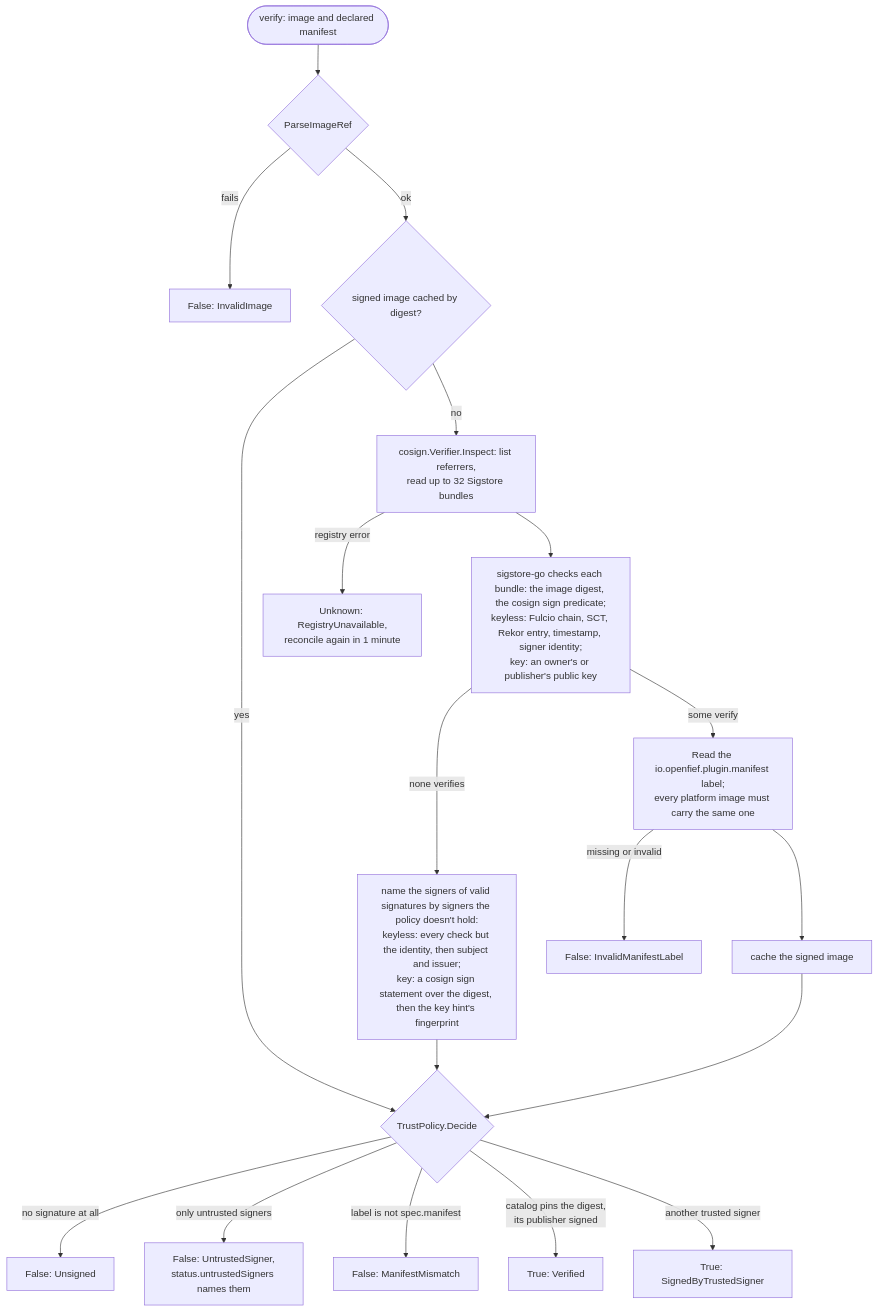
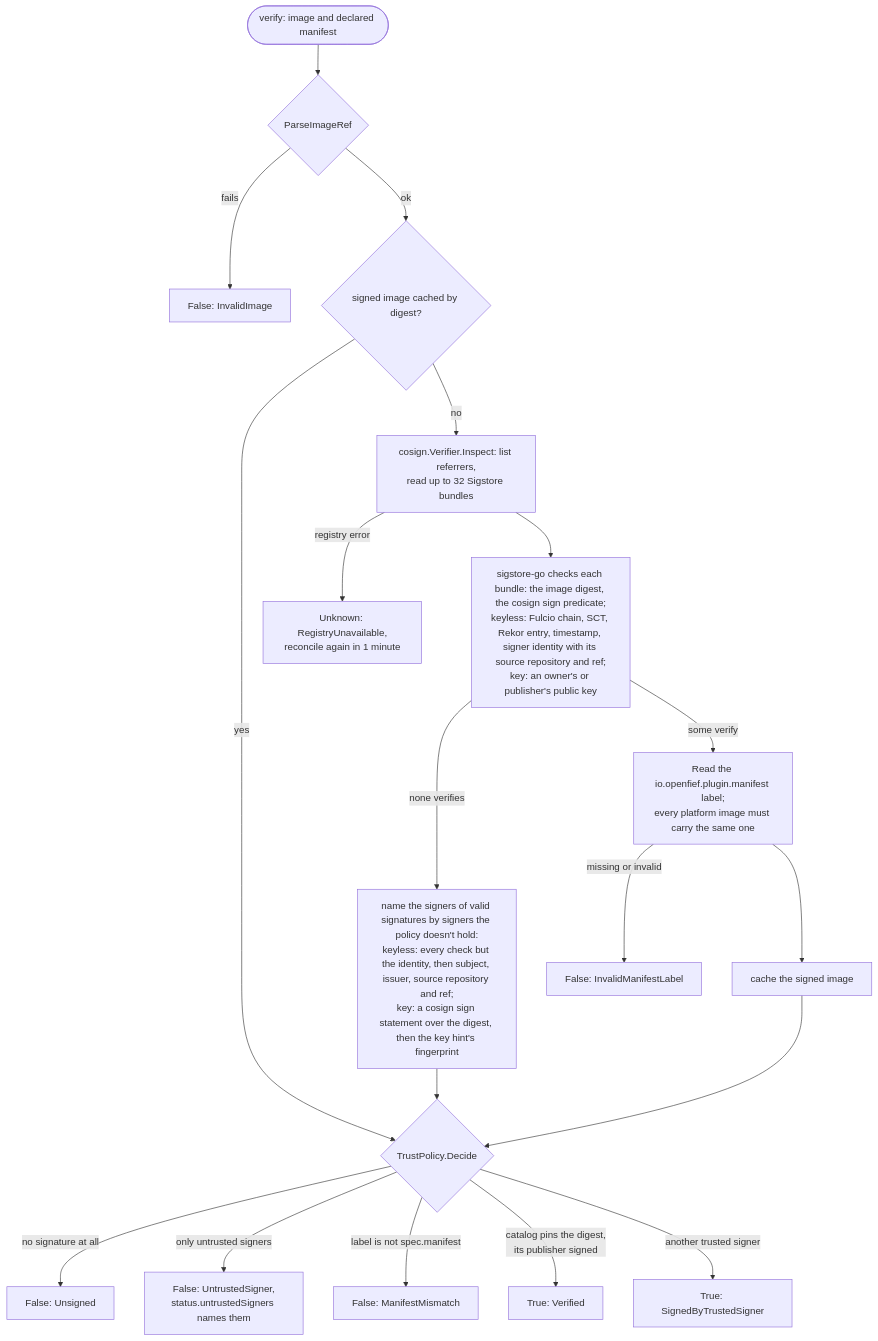
Before and after one commit to arkadiuss/openfief: the third of 4 diagrams in docs/concepts/operator.md, drawn with Mermaid. The commit also changed other lines of this file and 67 other files, not shown here.

````diff
--- a/docs/concepts/operator.md
+++ b/docs/concepts/operator.md
@@ -172,20 +172,20 @@
 ```mermaid
 flowchart TD
   call(["verify: image and declared manifest"]) --> parse{"ParseImageRef"}
   parse -- "fails" --> invalid["False: InvalidImage"]
   parse -- ok --> cached{"signed image cached by digest?"}
   cached -- yes --> decide
   cached -- no --> refs["cosign.Verifier.Inspect: list referrers,<br/>read up to 32 Sigstore bundles"]
   refs -- "registry error" --> unknown["Unknown: RegistryUnavailable,<br/>reconcile again in 1 minute"]
-  refs --> each["sigstore-go checks each bundle: the image digest, the cosign sign predicate;<br/>keyless: Fulcio chain, SCT, Rekor entry, timestamp, signer identity;<br/>key: an owner's or publisher's public key"]
-  each -- "none verifies" --> other["name the signers of valid signatures by signers the policy doesn't hold:<br/>keyless: every check but the identity, then subject and issuer;<br/>key: a cosign sign statement over the digest, then the key hint's fingerprint"]
+  refs --> each["sigstore-go checks each bundle: the image digest, the cosign sign predicate;<br/>keyless: Fulcio chain, SCT, Rekor entry, timestamp, signer identity with its source repository and ref;<br/>key: an owner's or publisher's public key"]
+  each -- "none verifies" --> other["name the signers of valid signatures by signers the policy doesn't hold:<br/>keyless: every check but the identity, then subject, issuer, source repository and ref;<br/>key: a cosign sign statement over the digest, then the key hint's fingerprint"]
   other --> decide
   each -- "some verify" --> label["Read the io.openfief.plugin.manifest label;<br/>every platform image must carry the same one"]
   label -- "missing or invalid" --> badlabel["False: InvalidManifestLabel"]
   label --> keep["cache the signed image"] --> decide{"TrustPolicy.Decide"}
   decide -- "no signature at all" --> unsigned["False: Unsigned"]
   decide -- "only untrusted signers" --> untrusted["False: UntrustedSigner,<br/>status.untrustedSigners names them"]
   decide -- "label is not spec.manifest" --> mismatch["False: ManifestMismatch"]
   decide -- "catalog pins the digest,<br/>its publisher signed" --> verified["True: Verified"]
   decide -- "another trusted signer" --> signed["True: SignedByTrustedSigner"]
 ```
````
